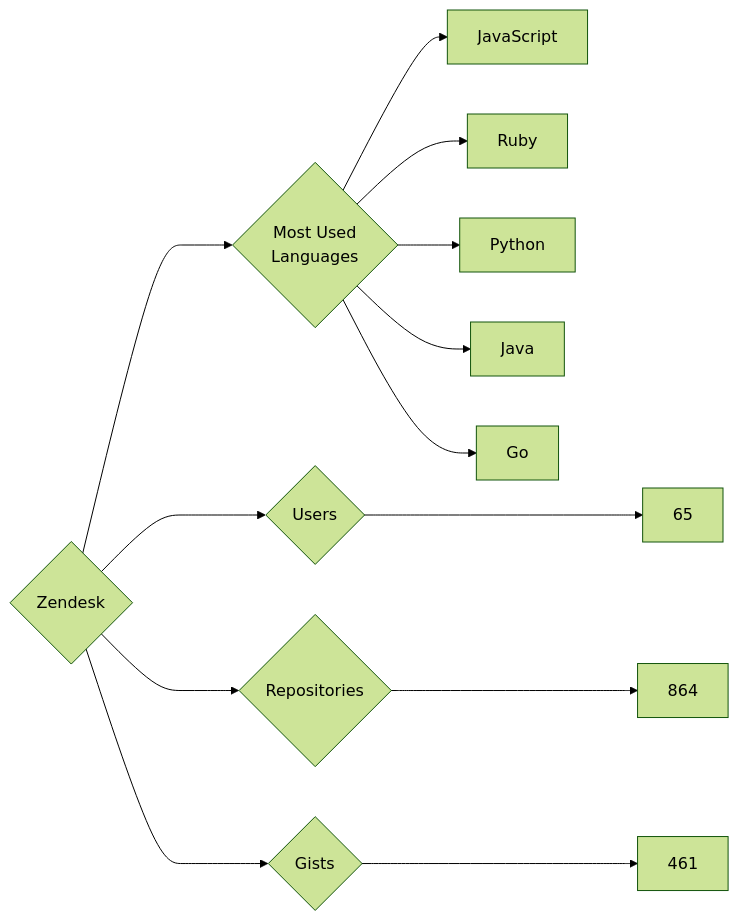
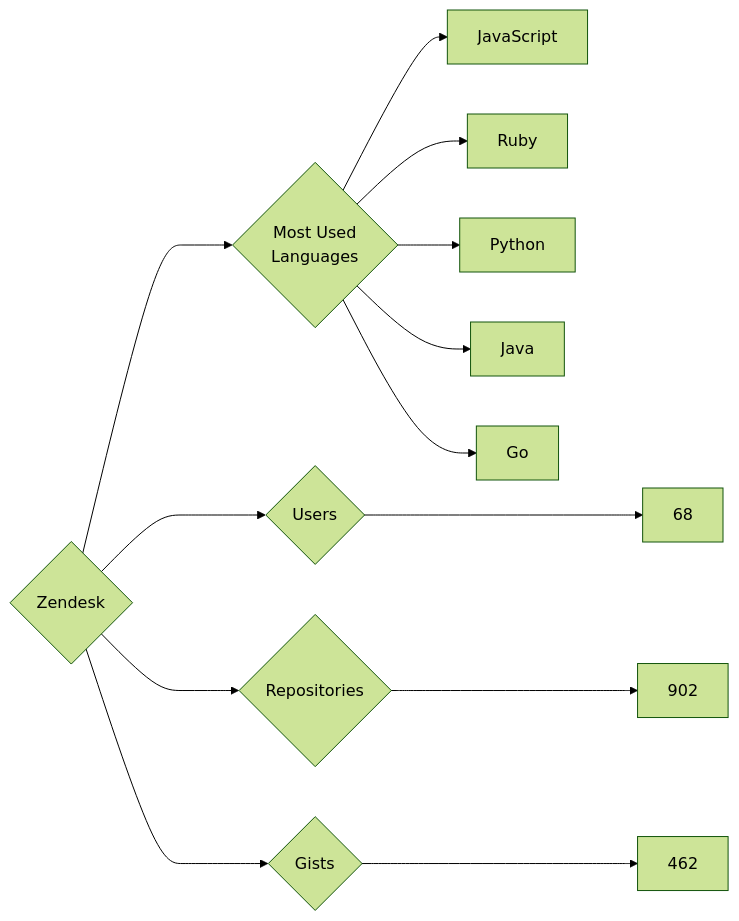
The diagram in targets/Zendesk/README.md (trickest/insiders), drawn with Mermaid (forest theme) before and after one commit. The commit also changed 976 other files, not shown here.

````diff
--- a/targets/Zendesk/README.md
+++ b/targets/Zendesk/README.md
@@ -3,13 +3,13 @@
 ```mermaid
 graph LR
 COMPANY_NAME{Zendesk}
-COMPANY_NAME ---> U{Users} ---> UN[65]
-COMPANY_NAME ---> R{Repositories} ---> RN[864]
-COMPANY_NAME ---> G{Gists} ---> GN[461]
+COMPANY_NAME ---> U{Users} ---> UN[68]
+COMPANY_NAME ---> R{Repositories} ---> RN[902]
+COMPANY_NAME ---> G{Gists} ---> GN[462]
 COMPANY_NAME ---> ML{Most Used<br>Languages}
 ML --> JavaScript[JavaScript]
 ML --> Ruby[Ruby]
 ML --> Python[Python]
 ML --> Java[Java]
 ML --> Go[Go]
 ```
````
